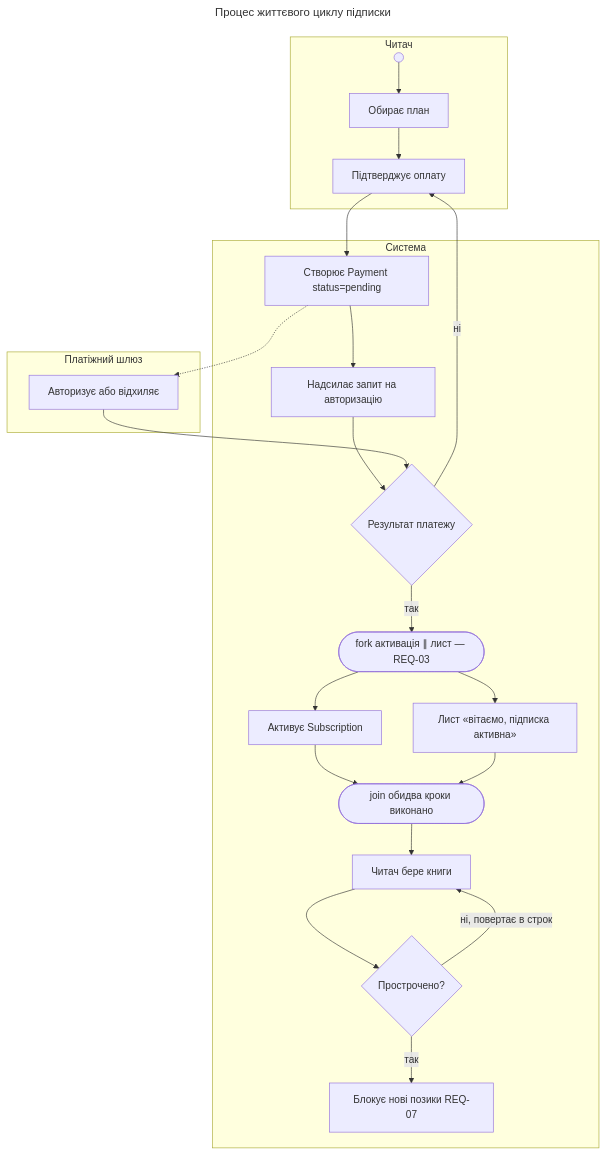
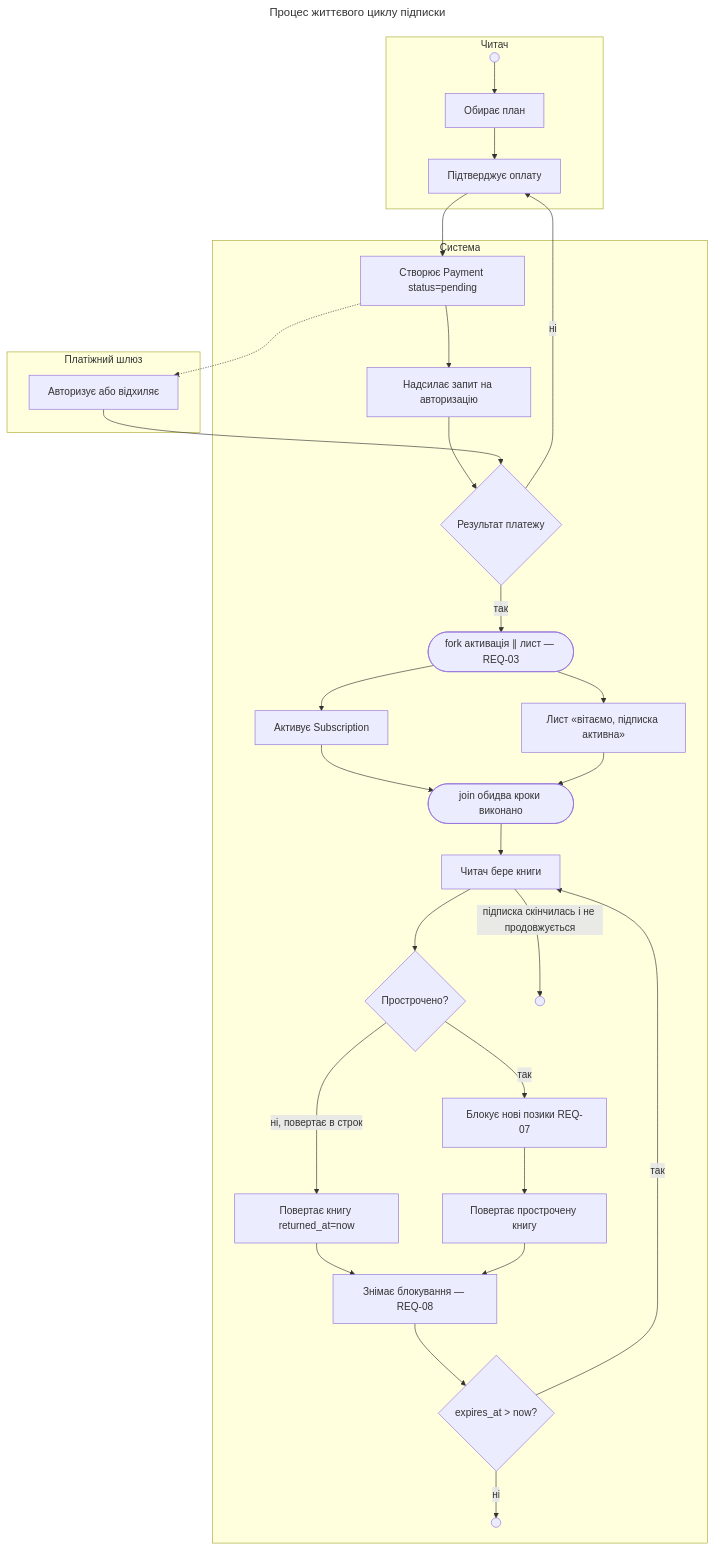
The diagram in Labs/lab4-process/model/subscription-lifecycle.mmd (sanyalovemoney/KPI_labs), drawn with Mermaid before and after one commit.

Commit message:
lab4: fix - add return-book flow, unblock and terminal states

```diff
--- a/Labs/lab4-process/model/subscription-lifecycle.mmd
+++ b/Labs/lab4-process/model/subscription-lifecycle.mmd
@@ -1,30 +1,37 @@
 ---
 title: Процес життєвого циклу підписки
 ---
 flowchart TD
     subgraph Читач
         S(( )) --> B[Обирає план]
         B --> C[Підтверджує оплату]
     end
 
     subgraph Система
         C --> D[Створює Payment status=pending]
         D --> E[Надсилає запит на авторизацію]
         E --> F{Результат платежу}
         F -->|так| FK([fork активація ∥ лист — REQ-03])
         FK --> G[Активує Subscription]
         FK --> H[Лист «вітаємо, підписка активна»]
         G --> JN([join обидва кроки виконано])
         H --> JN
         JN --> I[Читач бере книги]
         F -->|ні| C
         I --> J{Прострочено?}
-        J -->|ні, повертає в строк| I
+        J -->|ні, повертає в строк| RB[Повертає книгу returned_at=now]
+        RB --> UB[Знімає блокування — REQ-08]
+        UB --> EX{expires_at > now?}
+        EX -->|так| I
+        EX -->|ні| END1(( ))
         J -->|так| K[Блокує нові позики REQ-07]
+        K --> RB2[Повертає прострочену книгу]
+        RB2 --> UB
+        I -->|підписка скінчилась і не продовжується| END2(( ))
     end
 
     subgraph Платіжний шлюз
         E1[Авторизує або відхиляє] --> F
     end
 
     D -.-> E1
```
